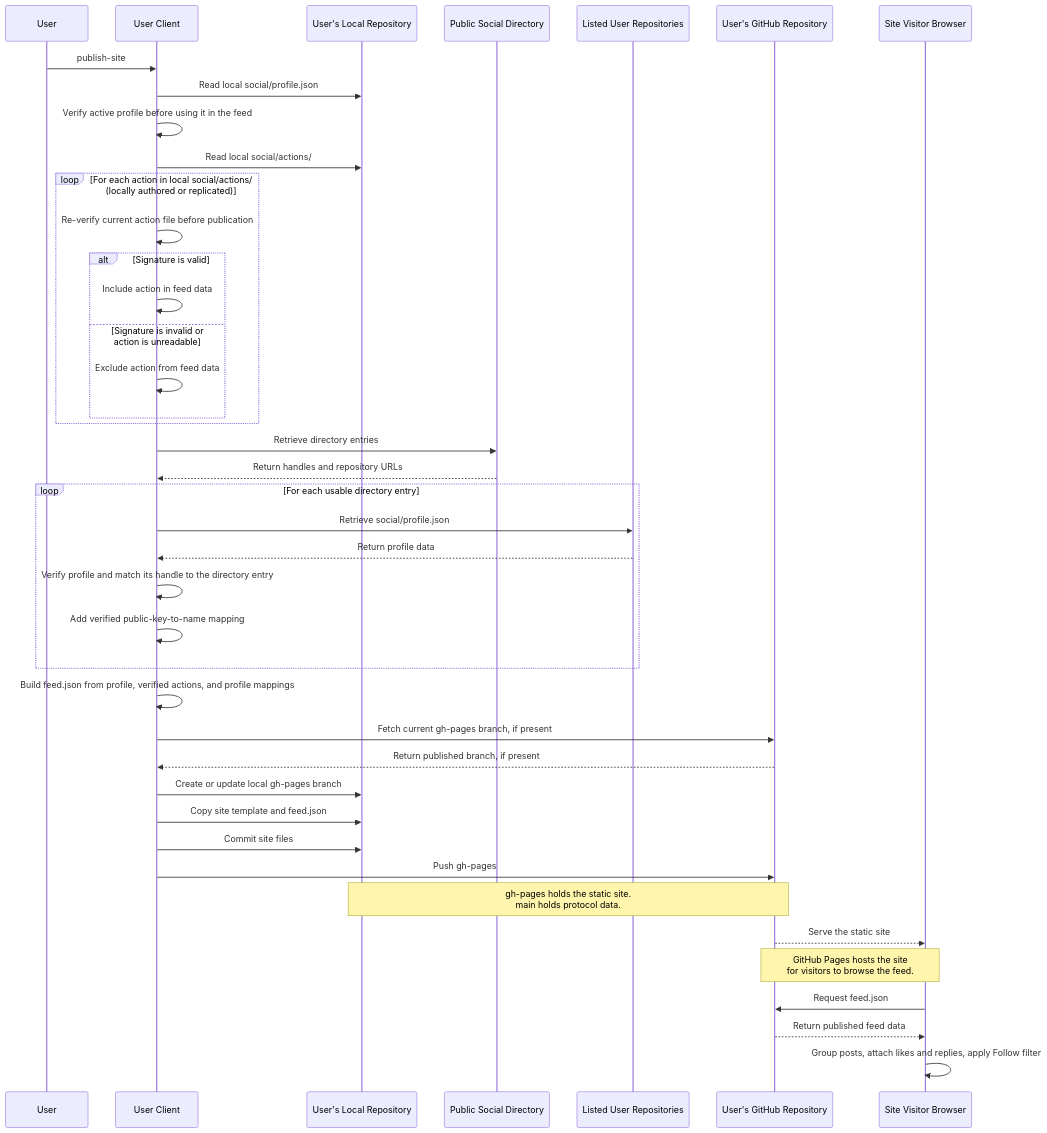
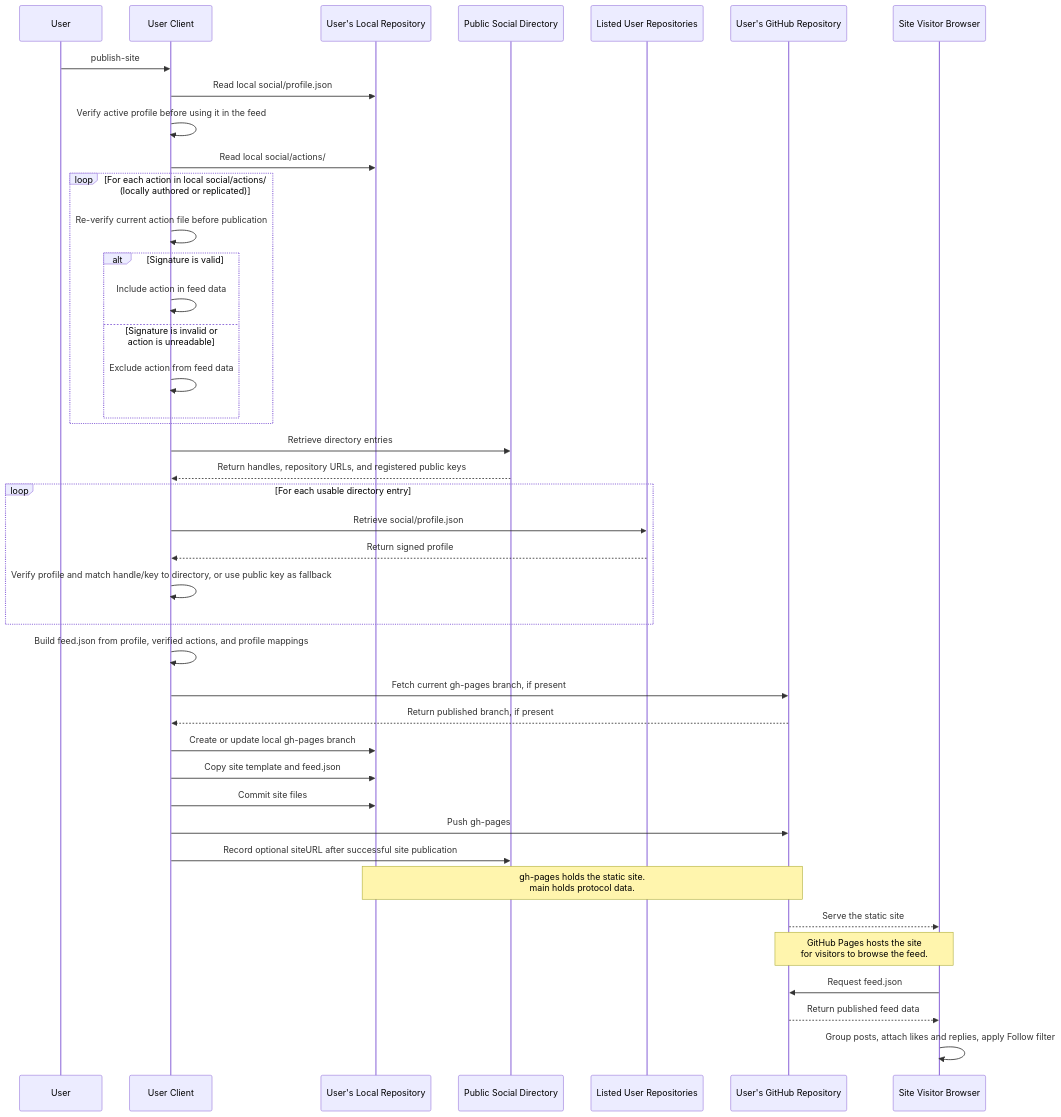
One commit to gargster/ELEC4712_Decentralised_Blog changed the seventh of 7 diagrams in latest_design.md. Above: the diagram before and after it, drawn with Mermaid. The commit also changed other lines of this file and 1 other file, not shown here.

Commit message:
updated feed diagram

````diff
--- a/latest_design.md
+++ b/latest_design.md
@@ -252,48 +252,48 @@
 ```mermaid
 sequenceDiagram
     participant User
     participant Client as User Client
     participant Local as User's Local Repository
     participant Directory as Public Social Directory
     participant Profiles as Listed User Repositories
     participant GitHub as User's GitHub Repository
     participant Browser as Site Visitor Browser
 
     User->>Client: publish-site
     Client->>Local: Read local social/profile.json
     Client->>Client: Verify active profile before using it in the feed
     Client->>Local: Read local social/actions/
 
     loop For each action in local social/actions/ (locally authored or replicated)
         Client->>Client: Re-verify current action file before publication
         alt Signature is valid
             Client->>Client: Include action in feed data
         else Signature is invalid or action is unreadable
             Client->>Client: Exclude action from feed data
         end
     end
 
     Client->>Directory: Retrieve directory entries
-    Directory-->>Client: Return handles and repository URLs
+    Directory-->>Client: Return handles, repository URLs, and registered public keys
 
     loop For each usable directory entry
         Client->>Profiles: Retrieve social/profile.json
-        Profiles-->>Client: Return profile data
-        Client->>Client: Verify profile and match its handle to the directory entry
-        Client->>Client: Add verified public-key-to-name mapping
+        Profiles-->>Client: Return signed profile
+        Client->>Client: Verify profile and match handle/key to directory, or use public key as fallback
     end
 
     Client->>Client: Build feed.json from profile, verified actions, and profile mappings
     Client->>GitHub: Fetch current gh-pages branch, if present
     GitHub-->>Client: Return published branch, if present
     Client->>Local: Create or update local gh-pages branch
     Client->>Local: Copy site template and feed.json
     Client->>Local: Commit site files
     Client->>GitHub: Push gh-pages
+    Client->>Directory: Record optional siteURL after successful site publication
     Note over Local,GitHub: gh-pages holds the static site.<br/>main holds protocol data.
     GitHub-->>Browser: Serve the static site
     Note over GitHub,Browser: GitHub Pages hosts the site<br/>for visitors to browse the feed.
     Browser->>GitHub: Request feed.json
     GitHub-->>Browser: Return published feed data
     Browser->>Browser: Group posts, attach likes and replies, apply Follow filter
 ```
````
